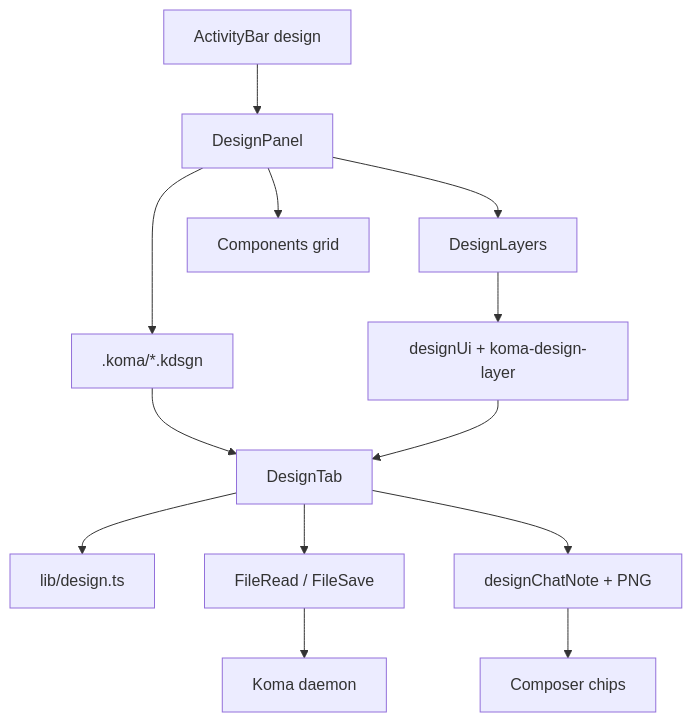
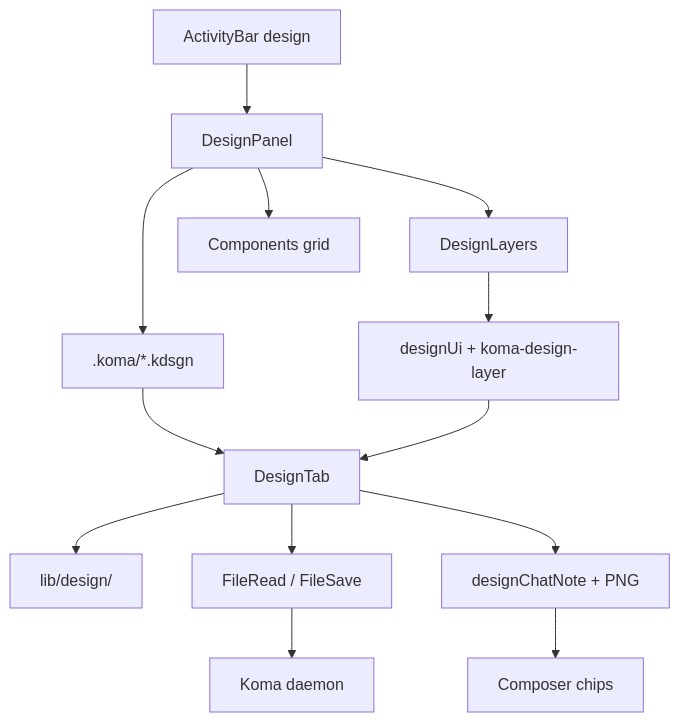
One commit to aula-id/koma changed the first of 2 diagrams in docs/designer-parity.md. Above: the diagram before and after it, drawn with Mermaid. The commit also changed other lines of this file and 27 other files, not shown here.

````diff
--- a/docs/designer-parity.md
+++ b/docs/designer-parity.md
@@ -76,15 +78,15 @@
 ```mermaid
 flowchart TB
   AB[ActivityBar design] --> DP[DesignPanel]
   DP --> Files[".koma/*.kdsgn"]
   DP --> Layers[DesignLayers]
   DP --> Assets[Components grid]
   Files --> Tab[DesignTab]
   Layers --> UI[designUi + koma-design-layer]
   UI --> Tab
-  Tab --> Model[lib/design.ts]
+  Tab --> Model[lib/design/]
   Tab --> IPC[FileRead / FileSave]
   Tab --> Chat[designChatNote + PNG]
   Chat --> Composer[Composer chips]
   IPC --> Daemon[Koma daemon]
 ```
````
